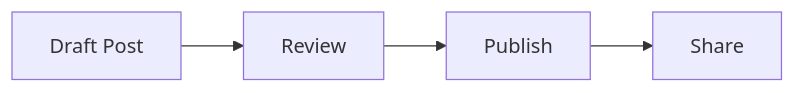
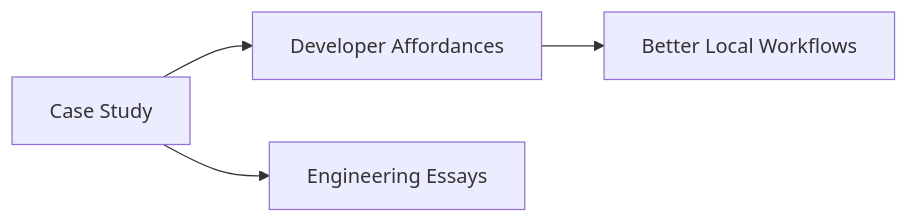
The diagram in docs/index.md (meleneth/whirred-io), drawn with Mermaid before and after one commit. The commit also changed other lines of this file and 12 other files, not shown here.

````diff
--- a/docs/index.md
+++ b/docs/index.md
@@ -30,6 +30,6 @@
 ```mermaid
 flowchart LR
-  A[Draft Post] --> B[Review]
-  B --> C[Publish]
-  C --> D[Share]
+  Problem[Case Study] --> Affordances[Developer Affordances]
+  Problem --> Essays[Engineering Essays]
+  Affordances --> BetterWork[Better Local Workflows]
 ```
````
